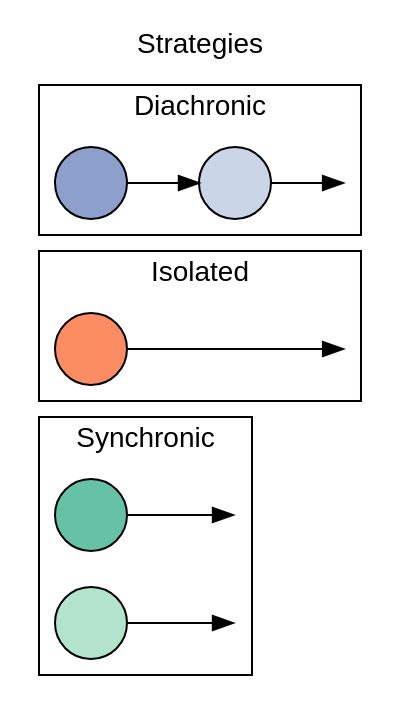
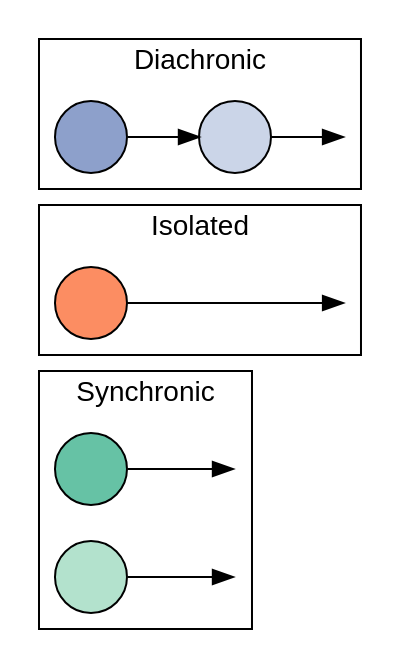
Before and after one commit to pedmiston/totems-data: the diagram in inst/extdata/team-structures.gv, drawn with Graphviz. The commit also changed 3 other files, not shown here.

```diff
--- a/inst/extdata/team-structures.gv
+++ b/inst/extdata/team-structures.gv
@@ -1,44 +1,44 @@
 digraph {
   rankdir=LR;
-  label="Strategies";
+  // label="Strategies";
   labelloc=t;
   fontname=helvetica;
   // bgcolor=transparent;
 
   node[fontname=helvetica; label=""; style=filled];
 
   // Set cluster order (top to bottom) by initializing
   // nodes in each cluster starting from bottom to top
   s1, solo, d1;
 
   // Shapes are projects
   d1, d2, solo, s1, s2[shape=circle];
 
   // Colors are people
   s1[fillcolor="#66C2A5"];
   s2[fillcolor="#b3e2cd"];
   d1[fillcolor="#8DA0CB"];
   d2[fillcolor="#cbd5e8"];
   solo[fillcolor="#FC8D62"];
 
   // Invisible last nodes
   dinv1, soloinv1, sinv1, sinv2[style=invis, width=0];
 
 
   subgraph cluster1 {
     label="Diachronic";
     d1 -> d2 -> dinv1;
   }
 
   subgraph cluster2 {
     label="Isolated";
     solo -> soloinv1[minlen=2];
   }
 
   subgraph cluster3 {
     label="Synchronic";
     s1 -> sinv1;
     s2 -> sinv2;
   }
 
 }
```
